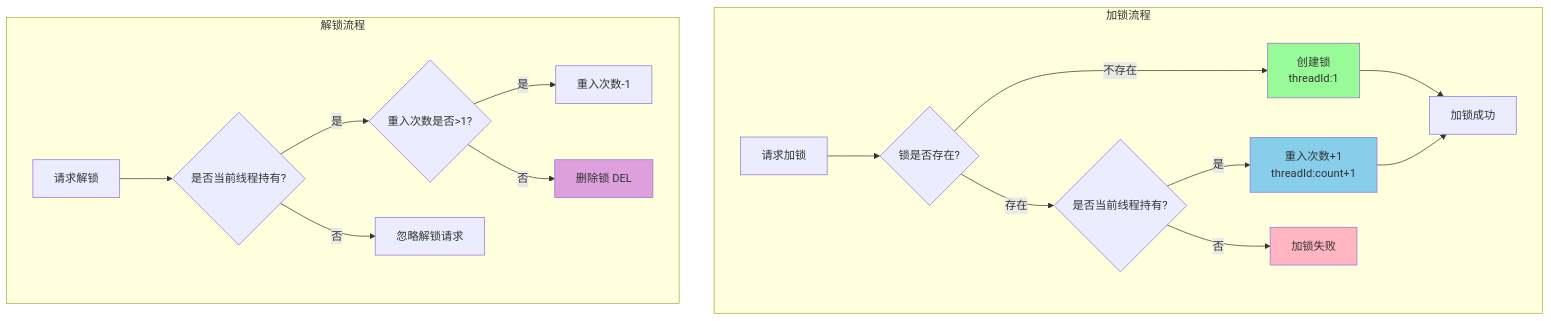
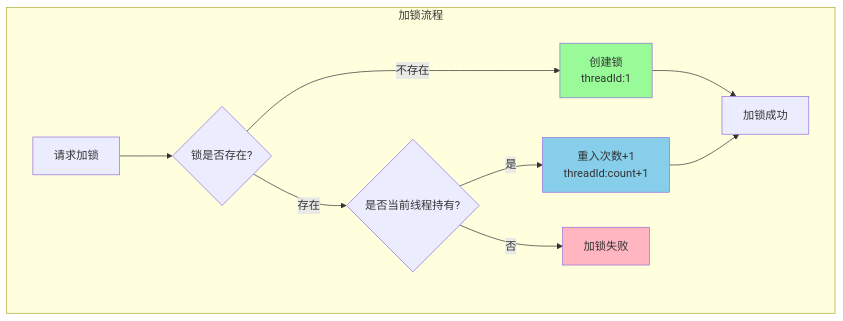
One commit to shining-stars-l/javaup changed the second of 8 diagrams in docs/11-数据库/02-Redis/11-Redis分布式锁实战指南.md. Above: the diagram before and after it, drawn with Mermaid. The commit also changed other lines of this file and 23 other files, not shown here.

````diff
--- a/docs/11-数据库/02-Redis/11-Redis分布式锁实战指南.md
+++ b/docs/11-数据库/02-Redis/11-Redis分布式锁实战指南.md
@@ -324,25 +324,16 @@
 ```mermaid
 graph TB
     subgraph "加锁流程"
         A[请求加锁] --> B{锁是否存在?}
         B -->|不存在| C[创建锁<br/>threadId:1]
         B -->|存在| D{是否当前线程持有?}
         D -->|是| E[重入次数+1<br/>threadId:count+1]
         D -->|否| F[加锁失败]
         C --> G[加锁成功]
         E --> G
     end
     
-    subgraph "解锁流程"
-        H[请求解锁] --> I{是否当前线程持有?}
-        I -->|是| J{重入次数是否>1?}
-        I -->|否| K[忽略解锁请求]
-        J -->|是| L[重入次数-1]
-        J -->|否| M[删除锁 DEL]
-    end
-    
     style C fill:#98FB98
     style E fill:#87CEEB
     style F fill:#FFB6C1
-    style M fill:#DDA0DD
 ```
````
